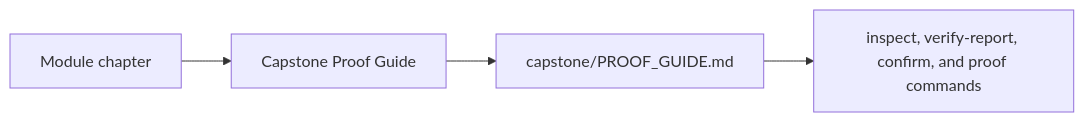
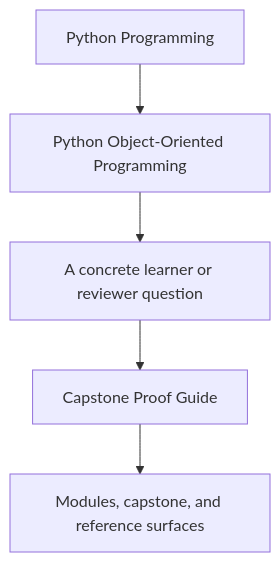
One commit to bijux/bijux-masterclass changed the first of 2 diagrams in programs/python-programming/python-object-oriented-programming/course-book/guides/capstone-proof-guide.md. Above: the diagram before and after it, drawn with Mermaid. The commit also changed other lines of this file and 23 other files, not shown here.

Commit message:
docs(python-object-oriented-programming): sharpen guide and reference diagrams

````diff
--- a/programs/python-programming/python-object-oriented-programming/course-book/guides/capstone-proof-guide.md
+++ b/programs/python-programming/python-object-oriented-programming/course-book/guides/capstone-proof-guide.md
@@ -7,6 +7,7 @@
 ```mermaid
-graph LR
-  chapter["Module chapter"] --> proof["Capstone Proof Guide"]
-  proof --> capstone["capstone/PROOF_GUIDE.md"]
-  capstone --> commands["inspect, verify-report, confirm, and proof commands"]
+flowchart TD
+  family["Python Programming"] --> program["Python Object-Oriented Programming"]
+  program --> pressure["A concrete learner or reviewer question"]
+  pressure --> guide["Capstone Proof Guide"]
+  guide --> next["Modules, capstone, and reference surfaces"]
 ```
````
